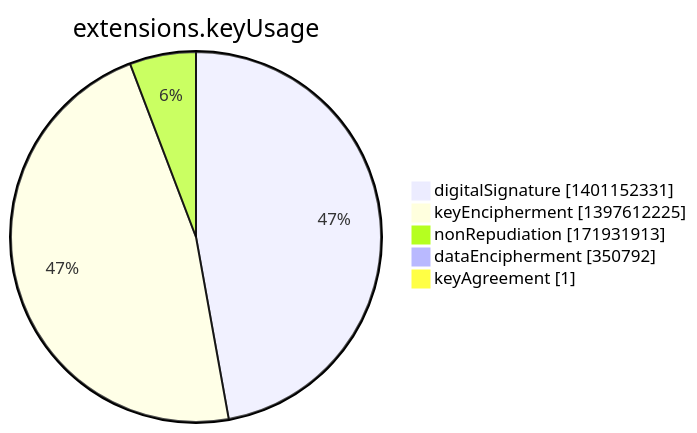
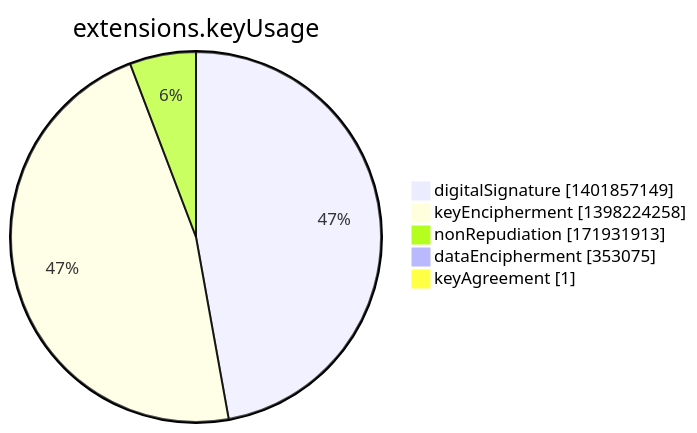
The seventh of 15 diagrams in argon2022/README.md (christiankrug/ctmonitor_visualization), drawn with Mermaid before and after one commit. The commit also changed other lines of this file, not shown here.

````diff
--- a/argon2022/README.md
+++ b/argon2022/README.md
@@ -2751,9 +2751,9 @@
 ```mermaid
 pie showData
 title extensions.keyUsage
-"digitalSignature" :1401152331
-"keyEncipherment" :1397612225
+"digitalSignature" :1401857149
+"keyEncipherment" :1398224258
 "nonRepudiation" :171931913
-"dataEncipherment" :350792
+"dataEncipherment" :353075
 "keyAgreement" :1
 ```
````
